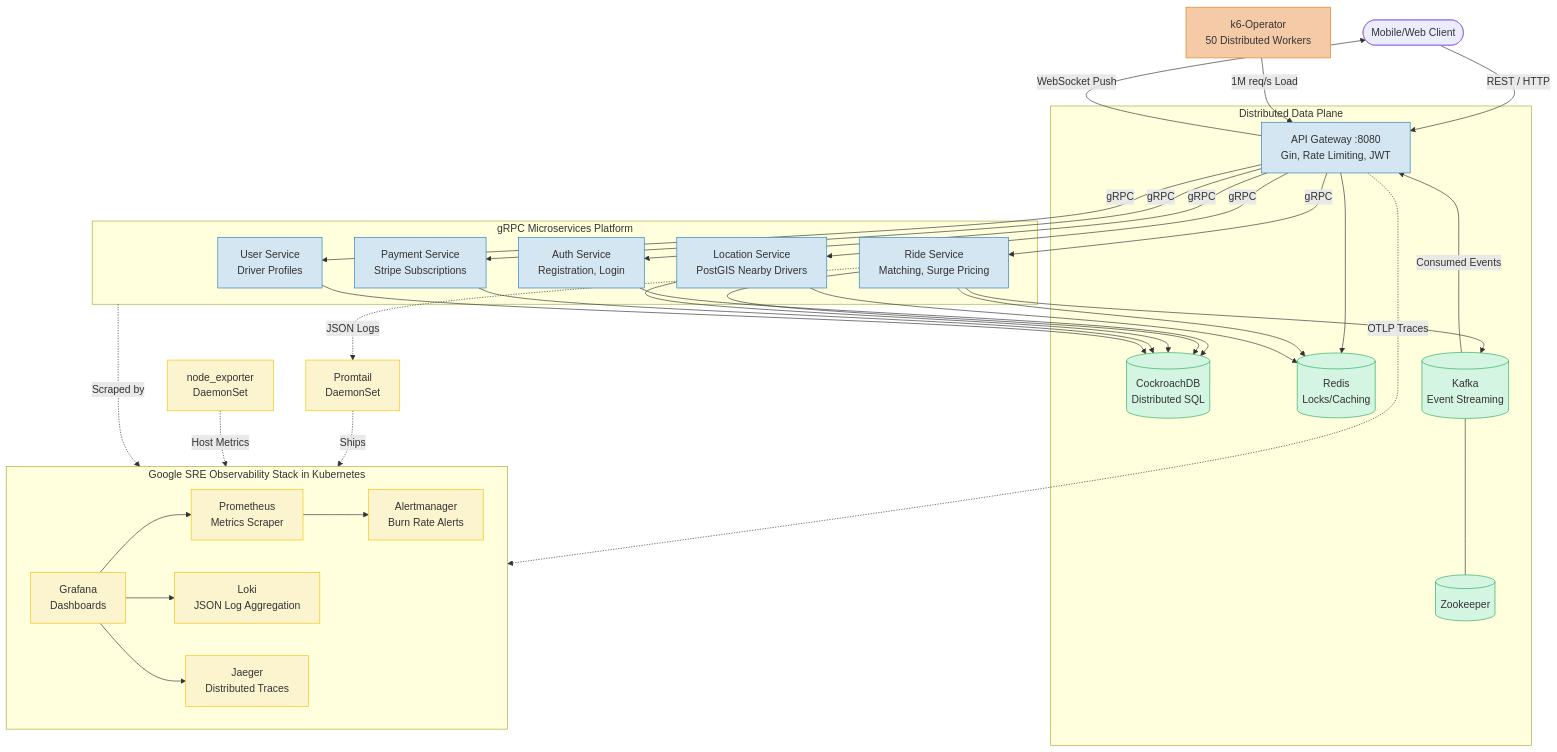
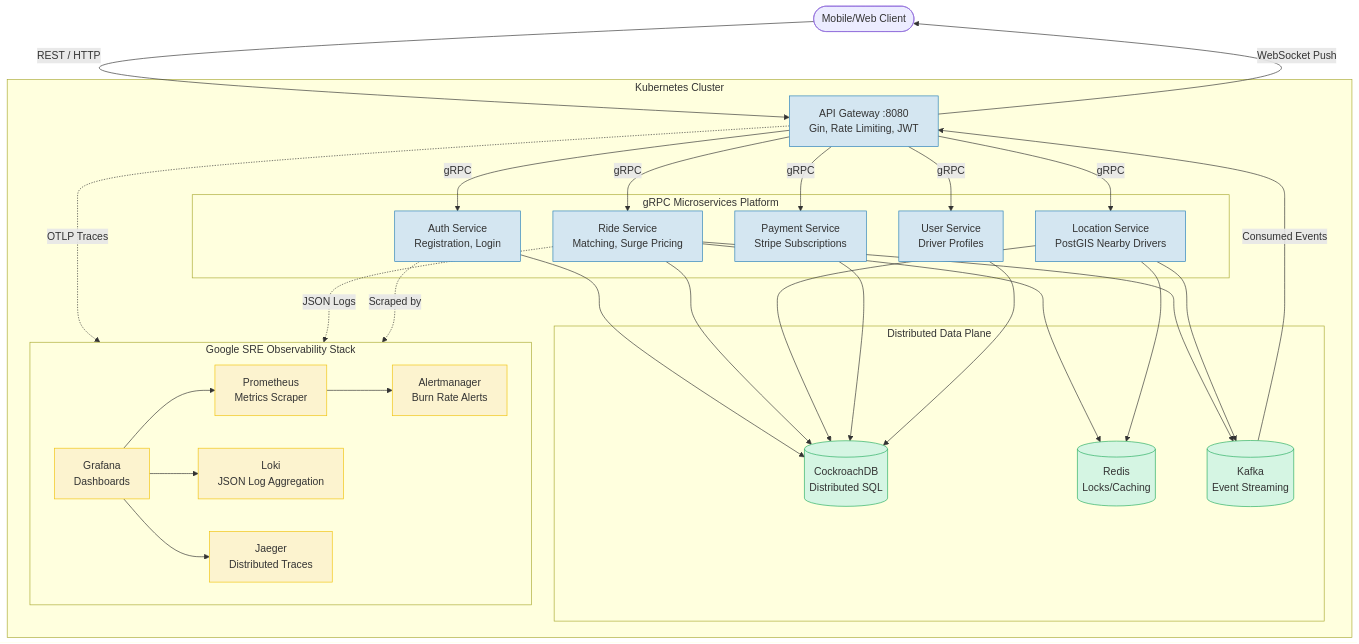
The diagram in README.md (hugoev/ridesharing), drawn with Mermaid before and after one commit.

````diff
--- a/README.md
+++ b/README.md
@@ -7,68 +7,65 @@
 ```mermaid
 graph TD
     classDef infra fill:#f5f5f5,stroke:#999
     classDef service fill:#d4e6f1,stroke:#2980b9
     classDef db fill:#d5f5e3,stroke:#27ae60
     classDef obs fill:#fcf3cf,stroke:#f1c40f
-    classDef load fill:#f5cba7,stroke:#e67e22
 
-    %% Clients & Load Testing
     Client([Mobile/Web Client]) -->|REST / HTTP| Gateway
-    K6[k6-Operator<br/>50 Distributed Workers]:::load -->|1M req/s Load| Gateway
 
-    %% Gateway
-    Gateway[API Gateway :8080<br/>Gin, Rate Limiting, JWT]:::service
+    subgraph Kubernetes [Kubernetes Cluster]
+        %% Gateway
+        Gateway[API Gateway :8080<br/>Gin, Rate Limiting, JWT]:::service
 
-    %% Microservices
-    subgraph Microservices [gRPC Microservices Platform]
-        Auth[Auth Service<br/>Registration, Login]:::service
-        Ride[Ride Service<br/>Matching, Surge Pricing]:::service
-        Location[Location Service<br/>PostGIS Nearby Drivers]:::service
-        Payment[Payment Service<br/>Stripe Subscriptions]:::service
-        User[User Service<br/>Driver Profiles]:::service
+        %% Microservices
+        subgraph Microservices [gRPC Microservices Platform]
+            Auth[Auth Service<br/>Registration, Login]:::service
+            Ride[Ride Service<br/>Matching, Surge Pricing]:::service
+            Location[Location Service<br/>PostGIS Nearby Drivers]:::service
+            Payment[Payment Service<br/>Stripe Subscriptions]:::service
+            User[User Service<br/>Driver Profiles]:::service
+        end
+
+        Gateway -->|gRPC| Auth
+        Gateway -->|gRPC| Ride
+        Gateway -->|gRPC| Location
+        Gateway -->|gRPC| Payment
+        Gateway -->|gRPC| User
+
+        %% Data Plane
+        subgraph DataPlane [Distributed Data Plane]
+            Auth --> DB[(CockroachDB<br/>Distributed SQL)]:::db
+            Ride --> DB
+            Location --> DB
+            Payment --> DB
+            User --> DB
+            
+            Ride --> Redis[(Redis<br/>Locks/Caching)]:::db
+            Location --> Redis
+            
+            Ride --> Kafka[(Kafka<br/>Event Streaming)]:::db
+            Location --> Kafka
+        end
+
+        %% Observability Stack
+        subgraph Observability [Google SRE Observability Stack]
+            direction LR
+            Grafana[Grafana<br/>Dashboards]:::obs --> Prometheus[Prometheus<br/>Metrics Scraper]:::obs
+            Grafana --> Loki[Loki<br/>JSON Log Aggregation]:::obs
+            Grafana --> Jaeger[Jaeger<br/>Distributed Traces]:::obs
+            
+            Prometheus --> Alertmanager[Alertmanager<br/>Burn Rate Alerts]:::obs
+        end
+        
+        %% Implicit connections
+        Gateway -.->|OTLP Traces| Jaeger
+        Ride -.->|JSON Logs| Loki
+        Auth -.->|Scraped by| Prometheus
+
+        %% Real-time Event Flow
+        Kafka -->|Consumed Events| Gateway
     end
 
-    Gateway -->|gRPC| Auth
-    Gateway -->|gRPC| Ride
-    Gateway -->|gRPC| Location
-    Gateway -->|gRPC| Payment
-    Gateway -->|gRPC| User
-
-    %% Data Plane
-    subgraph DataPlane [Distributed Data Plane]
-        Auth --> DB[(CockroachDB<br/>Distributed SQL)]:::db
-        Ride --> DB
-        Location --> DB
-        Payment --> DB
-        User --> DB
-        
-        Gateway --> Redis[(Redis<br/>Locks/Caching)]:::db
-        Ride --> Redis
-        Location --> Redis
-        
-        Ride --> Kafka[(Kafka<br/>Event Streaming)]:::db
-        Kafka --- Zookeeper[(Zookeeper)]:::db
-    end
-
-    %% Event Flow
-    Kafka -->|Consumed Events| Gateway
     Gateway -->|WebSocket Push| Client
 
-    %% Observability Stack
-    subgraph Observability [Google SRE Observability Stack in Kubernetes]
-        direction LR
-        Grafana[Grafana<br/>Dashboards]:::obs --> Prometheus[Prometheus<br/>Metrics Scraper]:::obs
-        Grafana --> Loki[Loki<br/>JSON Log Aggregation]:::obs
-        Grafana --> Jaeger[Jaeger<br/>Distributed Traces]:::obs
-        
-        Prometheus --> Alertmanager[Alertmanager<br/>Burn Rate Alerts]:::obs
-    end
-    
-    %% Implicit connections
-    Gateway -.->|OTLP Traces| Jaeger
-    Ride -.->|JSON Logs| Promtail[Promtail<br/>DaemonSet]:::obs
-    Promtail -.->|Ships| Loki
-    
-    Microservices -.->|Scraped by| Prometheus
-    NodeExporter[node_exporter<br/>DaemonSet]:::obs -.->|Host Metrics| Prometheus
 ```
````
